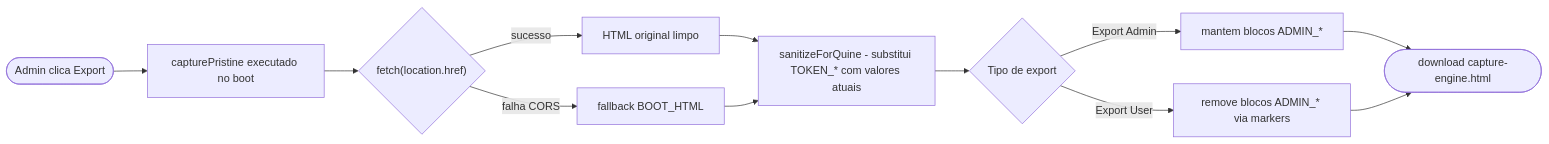
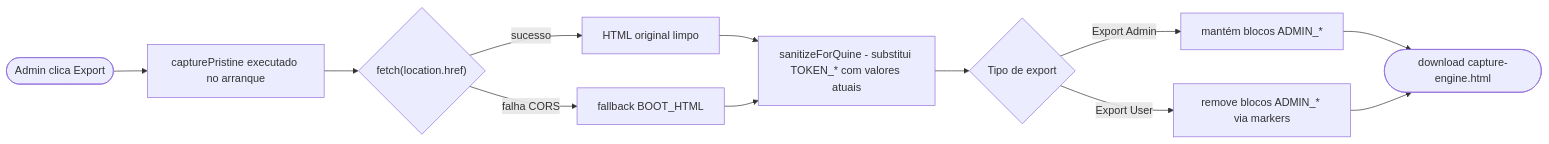
One commit to diogocarvalhoinfo/capture-engine changed the third of 3 diagrams in README.md. Above: the diagram before and after it, drawn with Mermaid. The commit also changed other lines of this file and 3 other files, not shown here.

````diff
--- a/README.md
+++ b/README.md
@@ -815,14 +793,14 @@
 ```mermaid
 flowchart LR
-    A([Admin clica Export]) --> B["capturePristine executado no boot"]
+    A([Admin clica Export]) --> B["capturePristine executado no arranque"]
     B --> C{"fetch(location.href)"}
     C -->|sucesso| D["HTML original limpo"]
     C -->|falha CORS| E["fallback BOOT_HTML"]
     D --> F["sanitizeForQuine - substitui TOKEN_* com valores atuais"]
     E --> F
     F --> G{Tipo de export}
-    G -->|Export Admin| H["mantem blocos ADMIN_*"]
+    G -->|Export Admin| H["mantém blocos ADMIN_*"]
     G -->|Export User| I["remove blocos ADMIN_* via markers"]
     H --> J(["download capture-engine.html"])
     I --> J
 ```
````
